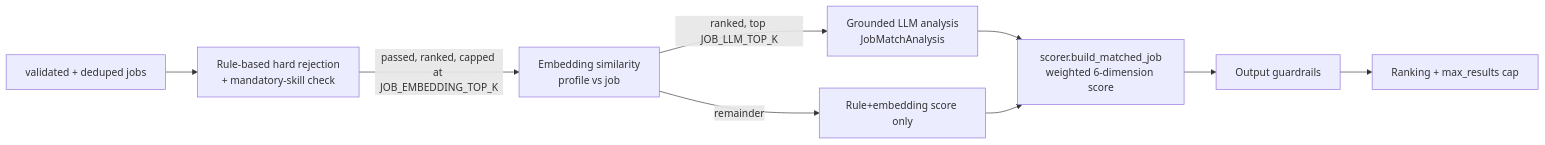
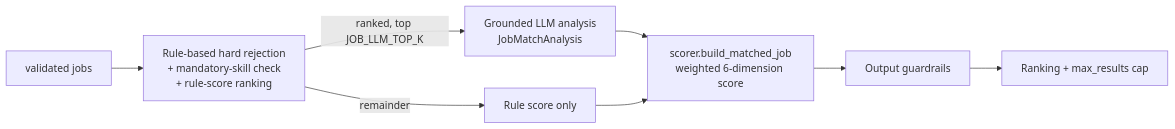
The fourth of 4 diagrams in docs/job_engine/ARCHITECTURE.md (virender965532/Virender_AI_Hub), drawn with Mermaid before and after one commit. The commit also changed other lines of this file and 56 other files, not shown here.

````diff
--- a/docs/job_engine/ARCHITECTURE.md
+++ b/docs/job_engine/ARCHITECTURE.md
@@ -107,11 +104,10 @@
 ```mermaid
 flowchart LR
-    A[validated + deduped jobs] --> B[Rule-based hard rejection\n+ mandatory-skill check]
-    B -->|passed, ranked, capped at JOB_EMBEDDING_TOP_K| C[Embedding similarity\nprofile vs job]
-    C -->|ranked, top JOB_LLM_TOP_K| D[Grounded LLM analysis\nJobMatchAnalysis]
-    C -->|remainder| E[Rule+embedding score only]
+    A[validated jobs] --> B[Rule-based hard rejection\n+ mandatory-skill check\n+ rule-score ranking]
+    B -->|ranked, top JOB_LLM_TOP_K| D[Grounded LLM analysis\nJobMatchAnalysis]
+    B -->|remainder| E[Rule score only]
     D --> F[scorer.build_matched_job\nweighted 6-dimension score]
     E --> F
     F --> G[Output guardrails]
     G --> H[Ranking + max_results cap]
 ```
````
